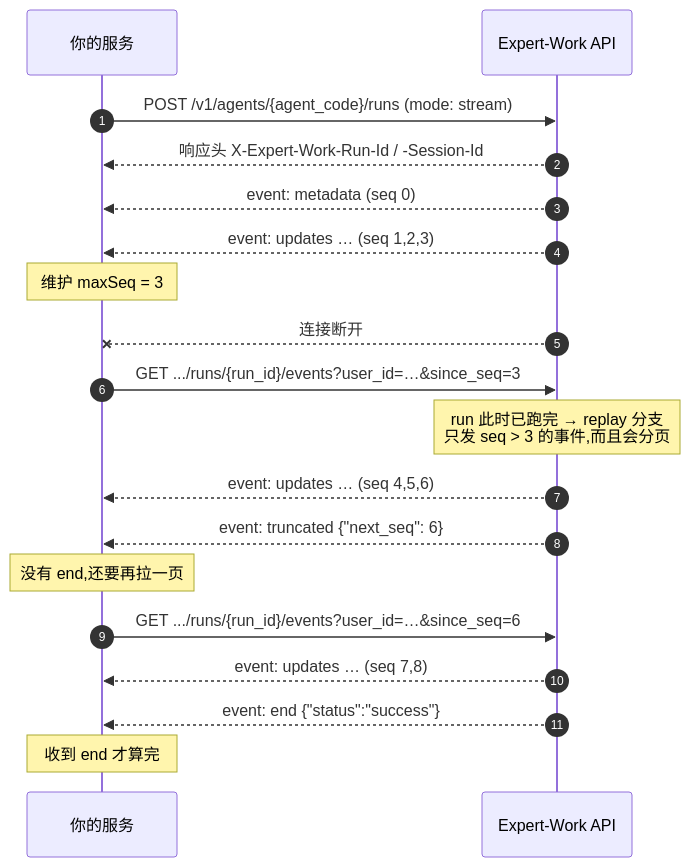
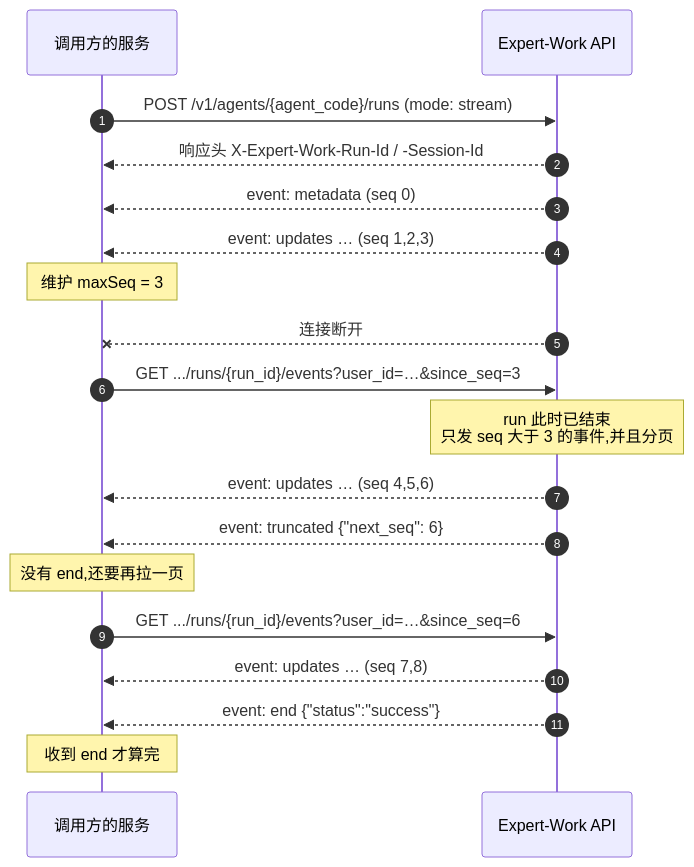
One commit to deepaihealth/expert-work changed the diagram in apps/admin-ui/docs-site/guide/sse-events.md. Above: the diagram before and after it, drawn with Mermaid. The commit also changed other lines of this file, not shown here.

````diff
--- a/apps/admin-ui/docs-site/guide/sse-events.md
+++ b/apps/admin-ui/docs-site/guide/sse-events.md
@@ -1250,22 +1227,22 @@
 ```mermaid
 sequenceDiagram
     autonumber
-    participant C as 你的服务
+    participant C as 调用方的服务
     participant E as Expert-Work API
 
     C->>E: POST /v1/agents/{agent_code}/runs (mode: stream)
     E-->>C: 响应头 X-Expert-Work-Run-Id / -Session-Id
     E-->>C: event: metadata (seq 0)
     E-->>C: event: updates … (seq 1,2,3)
     Note over C: 维护 maxSeq = 3
     E--xC: 连接断开
     C->>E: GET .../runs/{run_id}/events?user_id=…&since_seq=3
-    Note over E: run 此时已跑完 → replay 分支<br/>只发 seq > 3 的事件,而且会分页
+    Note over E: run 此时已结束<br/>只发 seq 大于 3 的事件,并且分页
     E-->>C: event: updates … (seq 4,5,6)
     E-->>C: event: truncated {"next_seq": 6}
     Note over C: 没有 end,还要再拉一页
     C->>E: GET .../runs/{run_id}/events?user_id=…&since_seq=6
     E-->>C: event: updates … (seq 7,8)
     E-->>C: event: end {"status":"success"}
     Note over C: 收到 end 才算完
 ```
````
